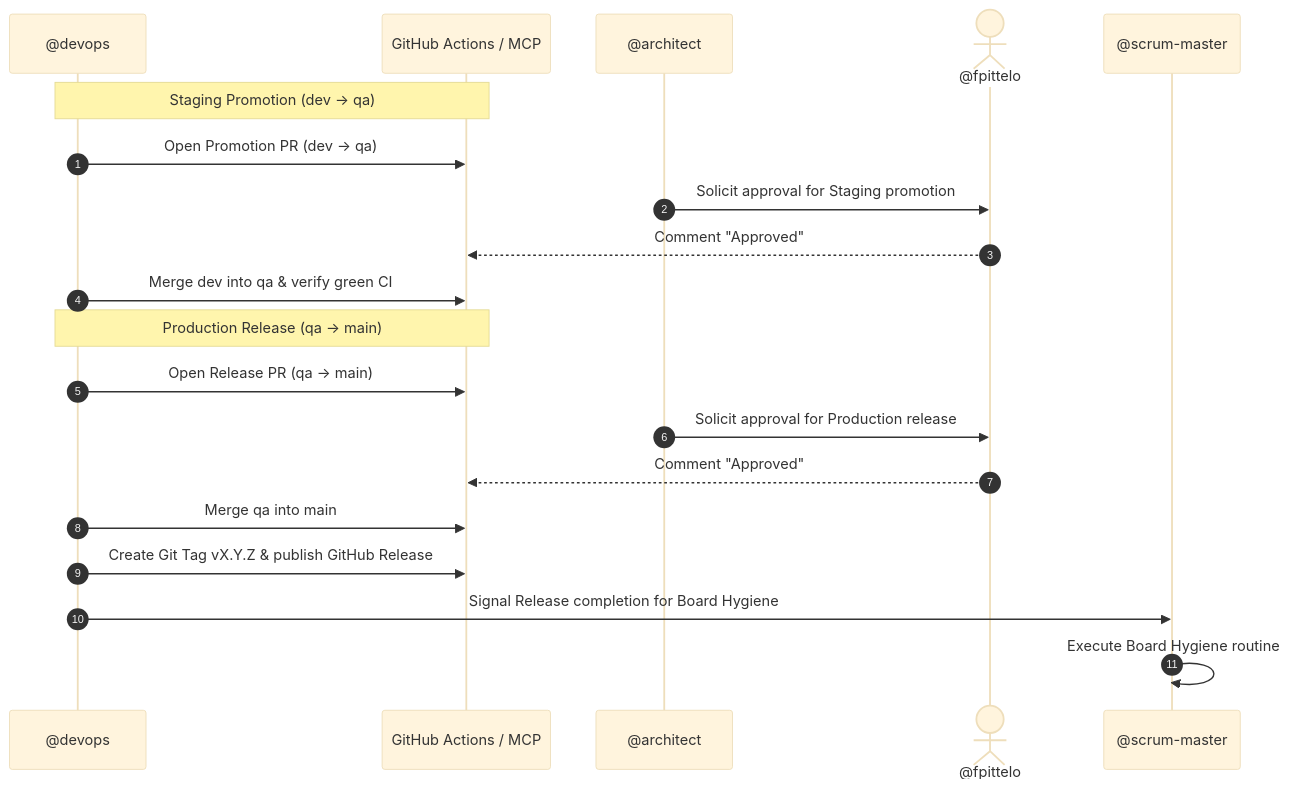
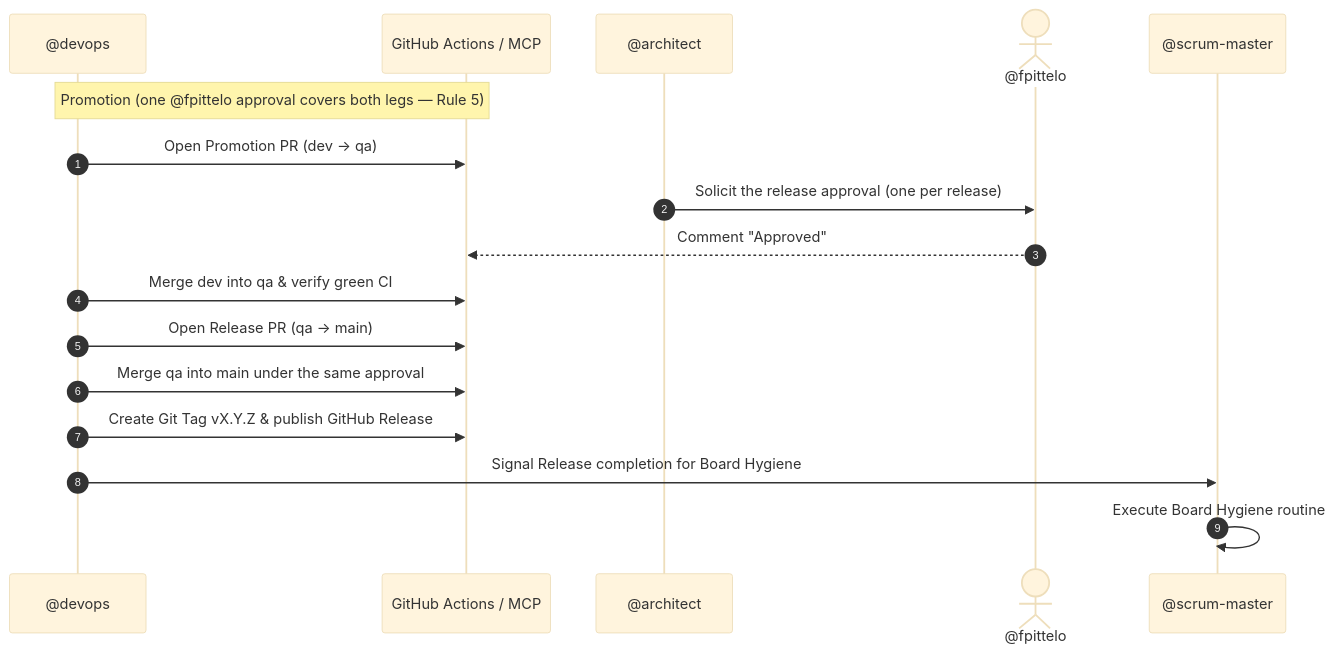
The third of 3 diagrams in agents/devops.md (fpittelo/opencode-home-config), drawn with Mermaid (base theme) before and after one commit. The commit also changed other lines of this file and 13 other files, not shown here.

First line of the commit message:
docs(governance): single-source the governance canon — one approval per release (#261)

````diff
--- a/agents/devops.md
+++ b/agents/devops.md
@@ -212,24 +205,20 @@
 ```mermaid
 sequenceDiagram
     autonumber
     participant Ops as @devops
     participant GH as GitHub Actions / MCP
     participant Arch as @architect
     actor User as @fpittelo
     participant SM as @scrum-master
 
-    Note over Ops, GH: Staging Promotion (dev -> qa)
+    Note over Ops, GH: Promotion (one @fpittelo approval covers both legs — Rule 5)
     Ops->>GH: Open Promotion PR (dev -> qa)
-    Arch->>User: Solicit approval for Staging promotion
+    Arch->>User: Solicit the release approval (one per release)
     User-->>GH: Comment "Approved"
     Ops->>GH: Merge dev into qa & verify green CI
-
-    Note over Ops, GH: Production Release (qa -> main)
     Ops->>GH: Open Release PR (qa -> main)
-    Arch->>User: Solicit approval for Production release
-    User-->>GH: Comment "Approved"
-    Ops->>GH: Merge qa into main
+    Ops->>GH: Merge qa into main under the same approval
     Ops->>GH: Create Git Tag vX.Y.Z & publish GitHub Release
     Ops->>SM: Signal Release completion for Board Hygiene
     SM->>SM: Execute Board Hygiene routine
 ```
````
